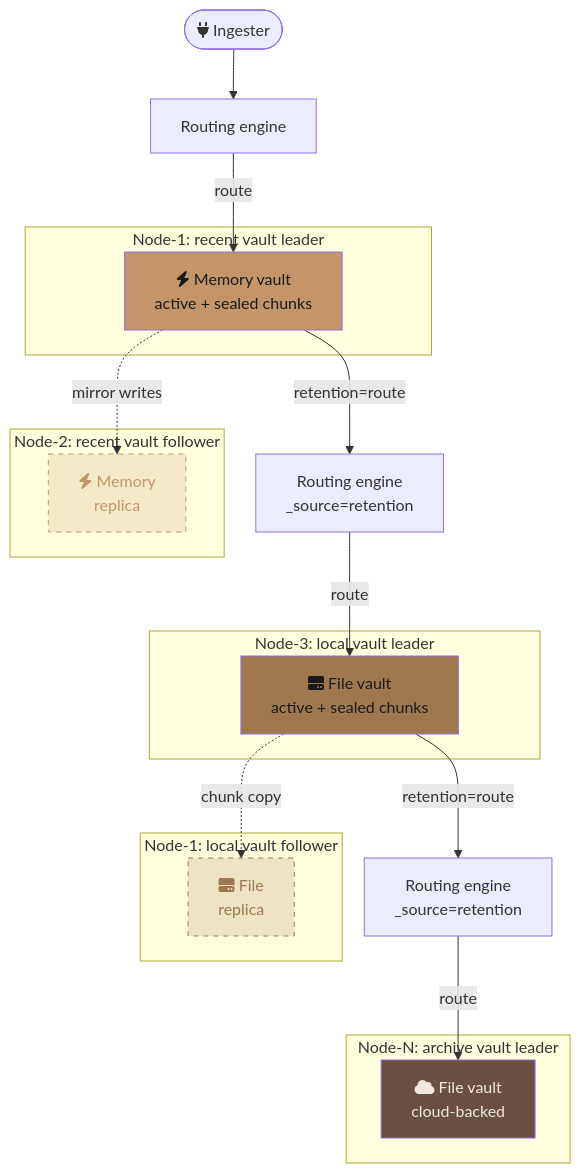
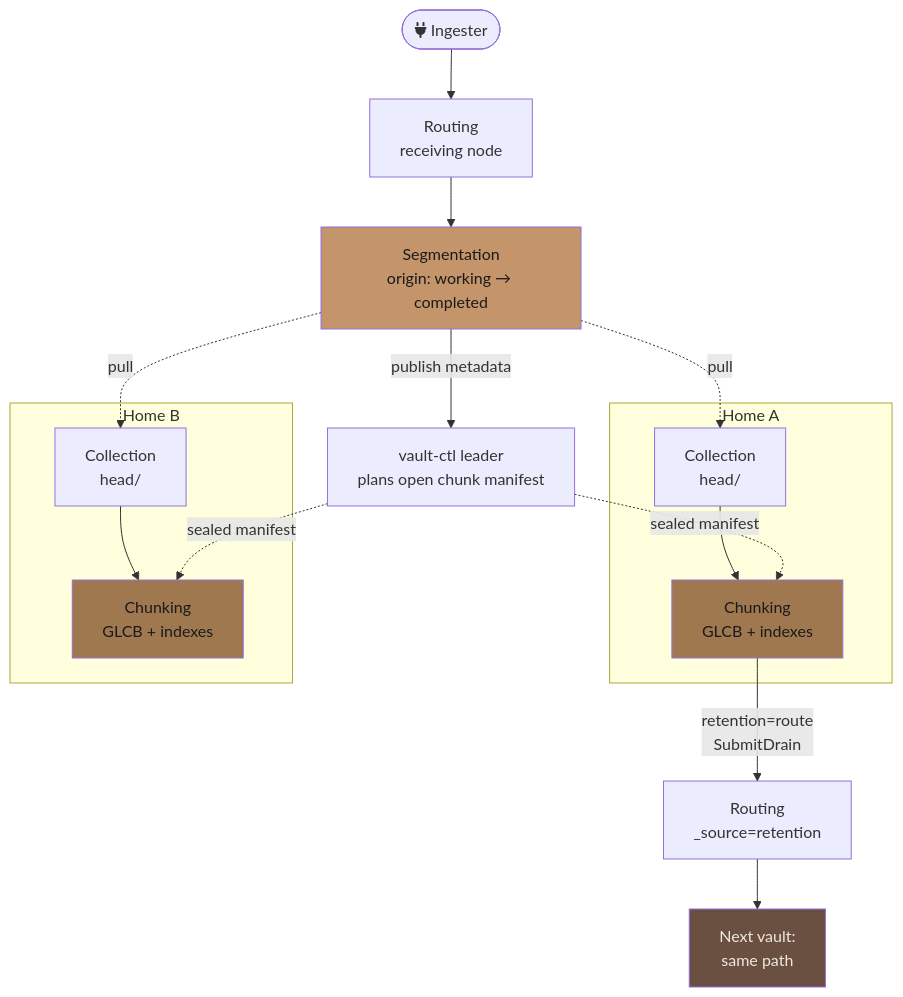
Before and after one commit to kluzzebass/gastrolog: the third of 5 diagrams in docs/vision.md, drawn with Mermaid. The commit also changed other lines of this file, not shown here.

First line of the commit message:
docs: describe the V3 write path in vision.md

````diff
--- a/docs/vision.md
+++ b/docs/vision.md
@@ -188,39 +189,27 @@
 ```mermaid
 flowchart TB
-    I([fa:fa-plug Ingester]) --> RT[Routing engine]
+    I([fa:fa-plug Ingester]) --> RT[Routing<br/>receiving node]
+    RT --> SEG[Segmentation<br/>origin: working → completed]
+    SEG -->|publish metadata| CTL[vault-ctl leader<br/>plans open chunk manifest]
+    SEG -.->|pull| H1
+    SEG -.->|pull| H2
 
-    RT -->|route| RECENT
-    RECENT -->|retention=route| RT2[Routing engine<br/>_source=retention]
-    RT2 -->|route| LOCAL
-    LOCAL -->|retention=route| RT3[Routing engine<br/>_source=retention]
-    RT3 -->|route| ARCHIVE
-
-    subgraph node1recent [Node-1: recent vault leader]
-        RECENT[fa:fa-bolt Memory vault<br/>active + sealed chunks]
+    subgraph homeA [Home A]
+        H1[Collection<br/>head/] --> C1[Chunking<br/>GLCB + indexes]
     end
 
-    subgraph node2recent [Node-2: recent vault follower]
-        RECENT_R[fa:fa-bolt Memory<br/>replica]
+    subgraph homeB [Home B]
+        H2[Collection<br/>head/] --> C2[Chunking<br/>GLCB + indexes]
     end
 
-    subgraph node3local [Node-3: local vault leader]
-        LOCAL[fa:fa-hard-drive File vault<br/>active + sealed chunks]
-    end
+    CTL -.->|sealed manifest| C1
+    CTL -.->|sealed manifest| C2
 
-    subgraph node1local [Node-1: local vault follower]
-        LOCAL_R[fa:fa-hard-drive File<br/>replica]
-    end
+    C1 -->|retention=route<br/>SubmitDrain| RT2[Routing<br/>_source=retention]
+    RT2 --> NEXT[Next vault:<br/>same path]
 
-    subgraph clouds3 [Node-N: archive vault leader]
-        ARCHIVE[fa:fa-cloud File vault<br/>cloud-backed]
-    end
-
-    RECENT -.->|mirror writes| RECENT_R
-    LOCAL -.->|chunk copy| LOCAL_R
-
-    style RECENT fill:#c4956a,color:#1a1a1a
-    style LOCAL fill:#a07850,color:#1a1a1a
-    style ARCHIVE fill:#6a5040,color:#f0e8e0
-    style RECENT_R fill:#c4956a33,color:#c4956a,stroke:#c4956a,stroke-dasharray:5
-    style LOCAL_R fill:#a0785033,color:#a07850,stroke:#a07850,stroke-dasharray:5
+    style SEG fill:#c4956a,color:#1a1a1a
+    style C1 fill:#a07850,color:#1a1a1a
+    style C2 fill:#a07850,color:#1a1a1a
+    style NEXT fill:#6a5040,color:#f0e8e0
 ```
````
